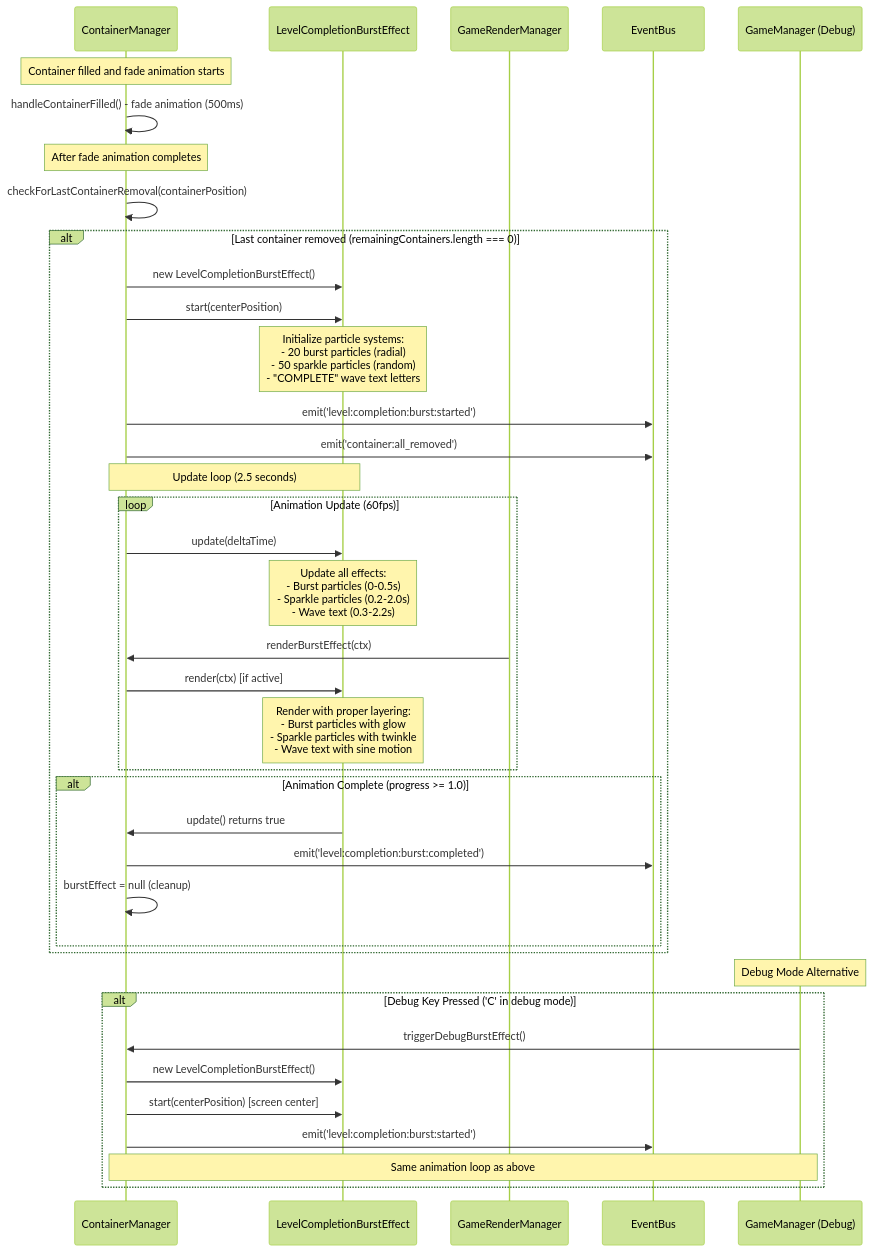
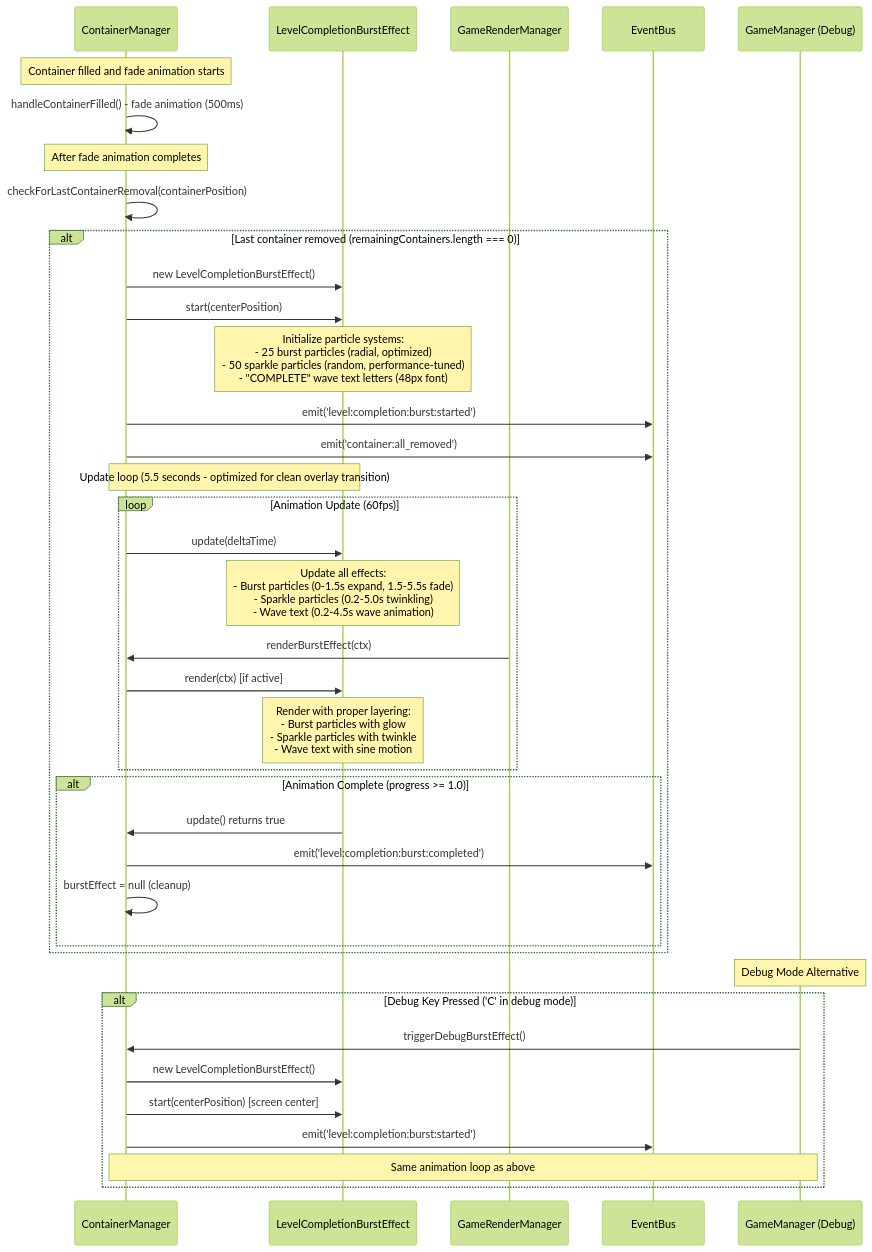
Before and after one commit to paulrobello/par-shape-2d: the ninth of 10 diagrams in docs/game_event_flows.md, drawn with Mermaid (forest theme). The commit also changed other lines of this file and 3 other files, not shown here.

````diff
--- a/docs/game_event_flows.md
+++ b/docs/game_event_flows.md
@@ -536,56 +536,56 @@
 ```mermaid
 sequenceDiagram
     participant CM as ContainerManager
     participant LCE as LevelCompletionBurstEffect
     participant GRM as GameRenderManager
     participant EB as EventBus
     participant GM as GameManager (Debug)
 
     Note over CM: Container filled and fade animation starts
     
     CM->>CM: handleContainerFilled() - fade animation (500ms)
     
     Note over CM: After fade animation completes
     
     CM->>CM: checkForLastContainerRemoval(containerPosition)
     
     alt Last container removed (remainingContainers.length === 0)
         CM->>LCE: new LevelCompletionBurstEffect()
         CM->>LCE: start(centerPosition)
         
-        Note over LCE: Initialize particle systems:<br/>- 20 burst particles (radial)<br/>- 50 sparkle particles (random)<br/>- "COMPLETE" wave text letters
+        Note over LCE: Initialize particle systems:<br/>- 25 burst particles (radial, optimized)<br/>- 50 sparkle particles (random, performance-tuned)<br/>- "COMPLETE" wave text letters (48px font)
         
         CM->>EB: emit('level:completion:burst:started')
         CM->>EB: emit('container:all_removed')
         
-        Note over CM,LCE: Update loop (2.5 seconds)
+        Note over CM,LCE: Update loop (5.5 seconds - optimized for clean overlay transition)
         
         loop Animation Update (60fps)
             CM->>LCE: update(deltaTime)
             
-            Note over LCE: Update all effects:<br/>- Burst particles (0-0.5s)<br/>- Sparkle particles (0.2-2.0s)<br/>- Wave text (0.3-2.2s)
+            Note over LCE: Update all effects:<br/>- Burst particles (0-1.5s expand, 1.5-5.5s fade)<br/>- Sparkle particles (0.2-5.0s twinkling)<br/>- Wave text (0.2-4.5s wave animation)
             
             GRM->>CM: renderBurstEffect(ctx)
             CM->>LCE: render(ctx) [if active]
             
             Note over LCE: Render with proper layering:<br/>- Burst particles with glow<br/>- Sparkle particles with twinkle<br/>- Wave text with sine motion
         end
         
         alt Animation Complete (progress >= 1.0)
             LCE->>CM: update() returns true
             CM->>EB: emit('level:completion:burst:completed')
             CM->>CM: burstEffect = null (cleanup)
         end
     end
     
     Note over GM: Debug Mode Alternative
     
     alt Debug Key Pressed ('C' in debug mode)
         GM->>CM: triggerDebugBurstEffect()
         CM->>LCE: new LevelCompletionBurstEffect()
         CM->>LCE: start(centerPosition) [screen center]
         CM->>EB: emit('level:completion:burst:started')
         
         Note over GM,CM: Same animation loop as above
     end
 ```
````
